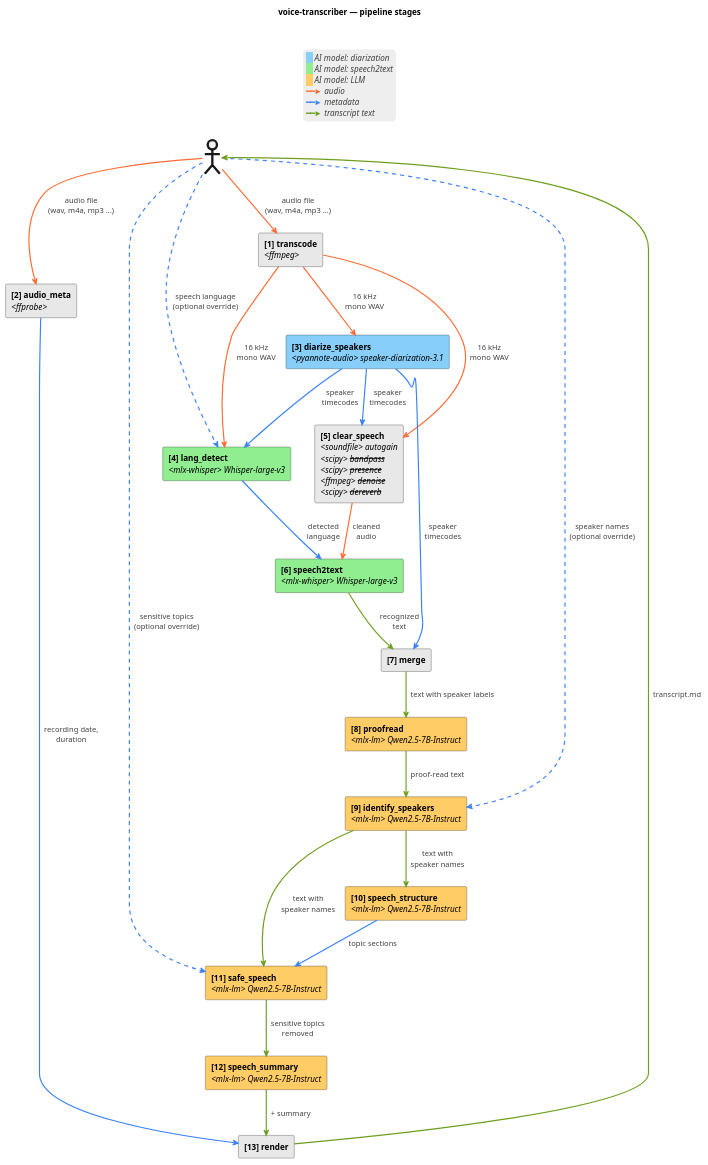
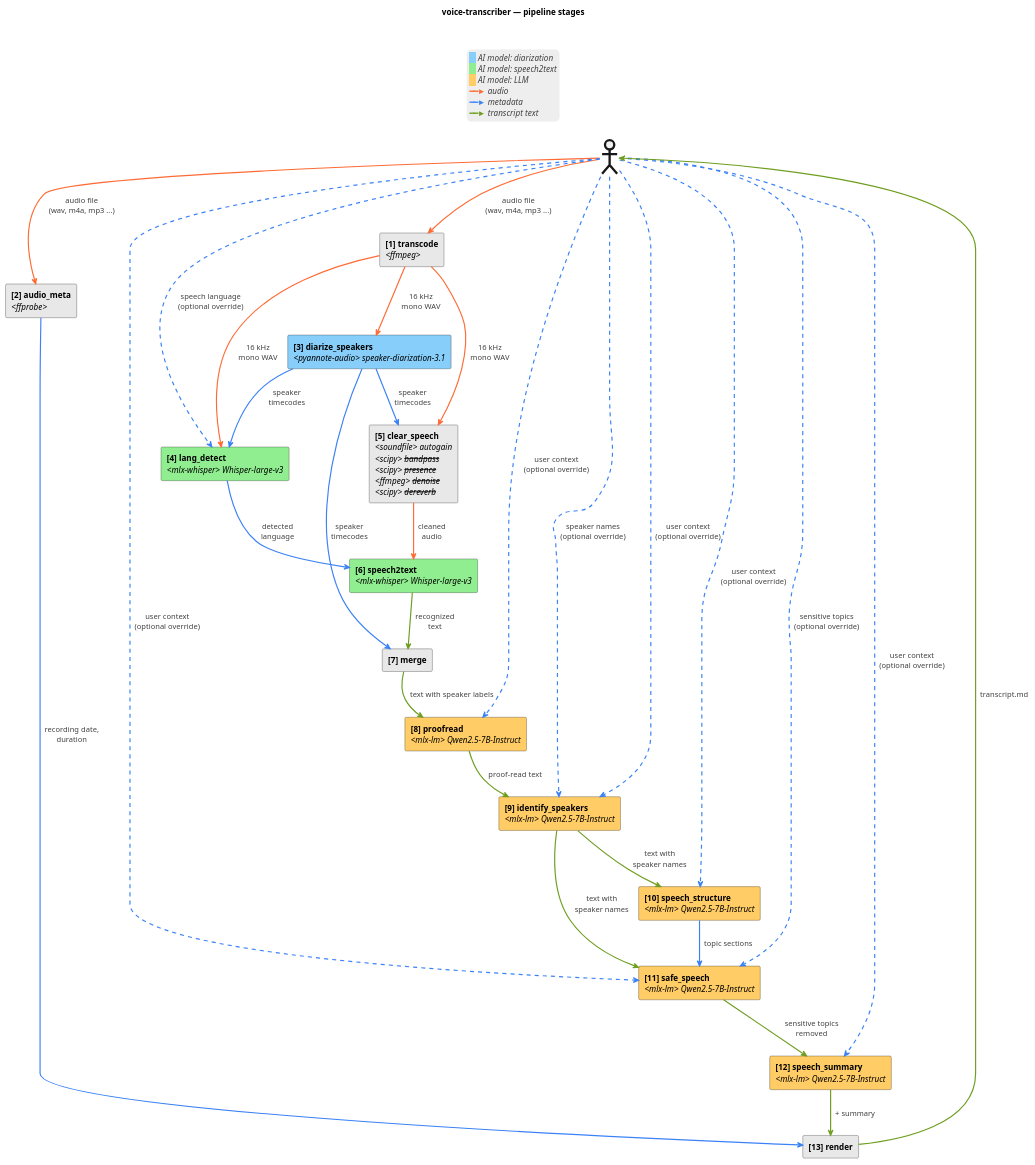
One commit to artem-from-ua/voice-transcriber changed the diagram in docs/pipeline.md. Above: the diagram before and after it, drawn with PlantUML. The commit also changed other lines of this file and 17 other files, not shown here.

````diff
--- a/docs/pipeline.md
+++ b/docs/pipeline.md
@@ -9,73 +9,79 @@
 ```plantuml
 @startuml
 title voice-transcriber — pipeline stages
 skinparam componentStyle rectangle
 skinparam ArrowThickness 2
 skinparam legendBorderColor transparent
 skinparam legendBackgroundColor #EEEEEE
 
 <style>
   document {
     Margin 25
   }
   actor {
     LineThickness 4
     Margin 5
     Padding 5
   }
 </style>
 
 actor " " as User
 
 component "<b>[1] transcode</b>\n<i><ffmpeg></i>" as WAV #E8E8E8
 component "<b>[2] audio_meta</b>\n<i><ffprobe></i>" as FF #E8E8E8
 component "<b>[3] diarize_speakers</b>\n<i><pyannote-audio> speaker-diarization-3.1</i>" as Diar #87CEFA
 component "<b>[4] lang_detect</b>\n<i><mlx-whisper> Whisper-large-v3</i>" as LangDet #90EE90
 component "<b>[5] clear_speech</b>\n<i><soundfile> autogain</i>\n<i><scipy> <s>bandpass</s></i>\n<i><scipy> <s>presence</s></i>\n<i><ffmpeg> <s>denoise</s></i>\n<i><scipy> <s>dereverb</s></i>" as CS #E8E8E8
 component "<b>[6] speech2text</b>\n<i><mlx-whisper> Whisper-large-v3</i>" as ASR #90EE90
 component "<b>[7] merge</b>" as Merge #E8E8E8
 component "<b>[8] proofread</b>\n<i><mlx-lm> Qwen2.5-7B-Instruct</i>" as Post #FFCC66
 component "<b>[9] identify_speakers</b>\n<i><mlx-lm> Qwen2.5-7B-Instruct</i>" as Ident #FFCC66
 component "<b>[10] speech_structure</b>\n<i><mlx-lm> Qwen2.5-7B-Instruct</i>" as Struct #FFCC66
 component "<b>[11] safe_speech</b>\n<i><mlx-lm> Qwen2.5-7B-Instruct</i>" as Safe #FFCC66
 component "<b>[12] speech_summary</b>\n<i><mlx-lm> Qwen2.5-7B-Instruct</i>" as TLDR #FFCC66
 component "<b>[13] render</b>" as Render #E8E8E8
 
 User -[#FF6B35]-> FF : <color:#404040>  audio file</color>\n<color:#404040>  (wav, m4a, mp3 ...)</color>
 User -[#FF6B35]-> WAV : <color:#404040>  audio file</color>\n<color:#404040>  (wav, m4a, mp3 ...)</color>
 User -[#3B82F6,dashed]-> LangDet : <color:#404040>  speech language</color>\n<color:#404040>  (optional override)</color>
 User -[#3B82F6,dashed]-> Ident : <color:#404040>  speaker names</color>\n<color:#404040>  (optional override)</color>
 User -[#3B82F6,dashed]-> Safe : <color:#404040>  sensitive topics</color>\n<color:#404040>  (optional override)</color>
 
+User -[#3B82F6,dashed]-> Post : <color:#404040>  user context</color>\n<color:#404040>  (optional override)</color>
+User -[#3B82F6,dashed]-> Ident : <color:#404040>  user context</color>\n<color:#404040>  (optional override)</color>
+User -[#3B82F6,dashed]-> Struct : <color:#404040>  user context</color>\n<color:#404040>  (optional override)</color>
+User -[#3B82F6,dashed]-> Safe : <color:#404040>  user context</color>\n<color:#404040>  (optional override)</color>
+User -[#3B82F6,dashed]-> TLDR : <color:#404040>  user context</color>\n<color:#404040>  (optional override)</color>
+
 WAV -[#FF6B35]-> Diar : <color:#404040>  16 kHz</color>\n<color:#404040>  mono WAV</color>
 WAV -[#FF6B35]-> LangDet : <color:#404040>  16 kHz</color>\n<color:#404040>  mono WAV</color>
 WAV -[#FF6B35]-> CS : <color:#404040>  16 kHz</color>\n<color:#404040>  mono WAV</color>
 Diar -[#3B82F6]-> LangDet : <color:#404040>  speaker</color>\n<color:#404040>  timecodes</color>
 Diar -[#3B82F6]-> CS : <color:#404040>  speaker</color>\n<color:#404040>  timecodes</color>
 LangDet -[#3B82F6]-> ASR : <color:#404040>  detected</color>\n<color:#404040>  language</color>
 CS -[#FF6B35]-> ASR : <color:#404040>  cleaned</color>\n<color:#404040>  audio</color>
 
 ASR -[#6E9E1F]-> Merge : <color:#404040>  recognized</color>\n<color:#404040>  text</color>
 Diar -[#3B82F6]-> Merge : <color:#404040>  speaker</color>\n<color:#404040>  timecodes</color>
 
 Merge -[#6E9E1F]-> Post : <color:#404040>  text with speaker labels</color>
 Post -[#6E9E1F]-> Ident : <color:#404040>  proof-read text</color>
 Ident -[#6E9E1F]-> Struct : <color:#404040>  text with</color>\n<color:#404040>  speaker names</color>
 Ident -[#6E9E1F]-> Safe : <color:#404040>  text with</color>\n<color:#404040>  speaker names</color>
 Struct -[#3B82F6]-> Safe : <color:#404040>  topic sections</color>
 Safe -[#6E9E1F]-> TLDR : <color:#404040>  sensitive topics</color>\n<color:#404040>  removed</color>
 
 FF -[#3B82F6]-> Render : <color:#404040>  recording date,</color>\n<color:#404040>  duration</color>
 TLDR -[#6E9E1F]-> Render : <color:#404040>  + summary</color>
 Render -[#6E9E1F]-> User : <color:#404040>  transcript.md</color>
 
 legend top center
   <back:#87CEFA>   </back> <i><color:#404040>AI model: diarization</color></i>
   <back:#90EE90>   </back> <i><color:#404040>AI model: speech2text</color></i>
   <back:#FFCC66>   </back> <i><color:#404040>AI model: LLM</color></i>
   <color:#FF6B35>━━►</color> <i><color:#404040>audio</color></i>
   <color:#3B82F6>━━►</color> <i><color:#404040>metadata</color></i>
   <color:#6E9E1F>━━►</color> <i><color:#404040>transcript text</color></i>
 end legend
 @enduml
 ```
````
